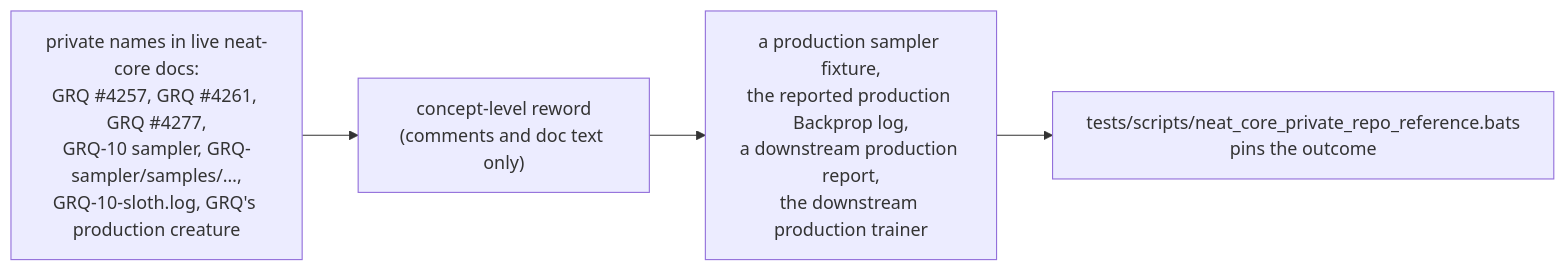
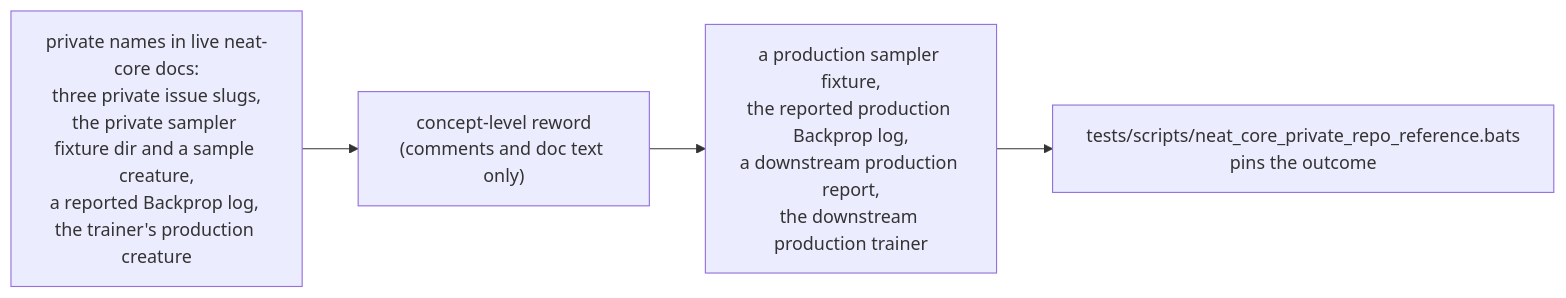
Before and after one commit to stSoftwareAU/NEAT-AI-core: the diagram in docs/archive/pr-summaries/pr-summary-661.md, drawn with Mermaid. The commit also changed other lines of this file and 9 other files, not shown here.

````diff
--- a/docs/archive/pr-summaries/pr-summary-661.md
+++ b/docs/archive/pr-summaries/pr-summary-661.md
@@ -63,6 +63,6 @@
 ```mermaid
 flowchart LR
-    A["private names in live neat-core docs:<br/>GRQ #4257, GRQ #4261, GRQ #4277,<br/>GRQ-10 sampler, GRQ-sampler/samples/…,<br/>GRQ-10-sloth.log, GRQ's production creature"] --> B["concept-level reword<br/>(comments and doc text only)"]
+    A["private names in live neat-core docs:<br/>three private issue slugs,<br/>the private sampler fixture dir and a sample creature,<br/>a reported Backprop log, the trainer's production creature"] --> B["concept-level reword<br/>(comments and doc text only)"]
     B --> C["a production sampler fixture,<br/>the reported production Backprop log,<br/>a downstream production report,<br/>the downstream production trainer"]
     C --> D["tests/scripts/neat_core_private_repo_reference.bats<br/>pins the outcome"]
 ```
````
